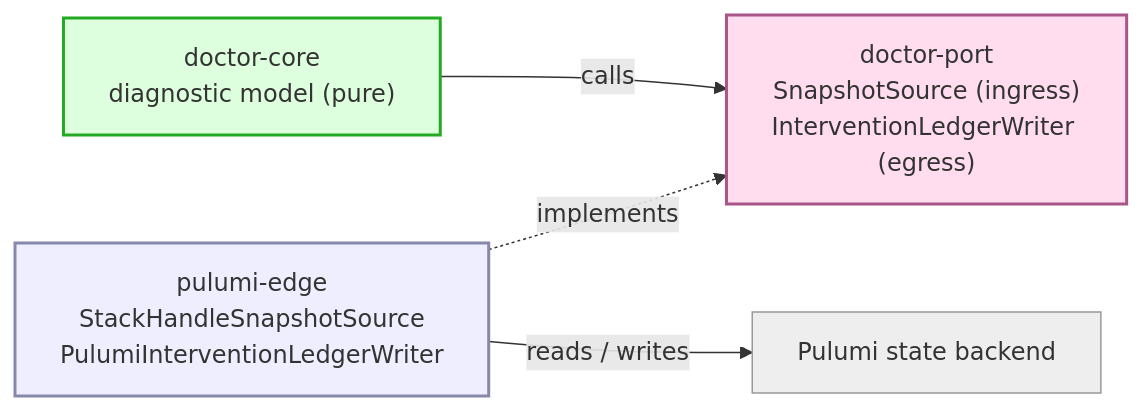
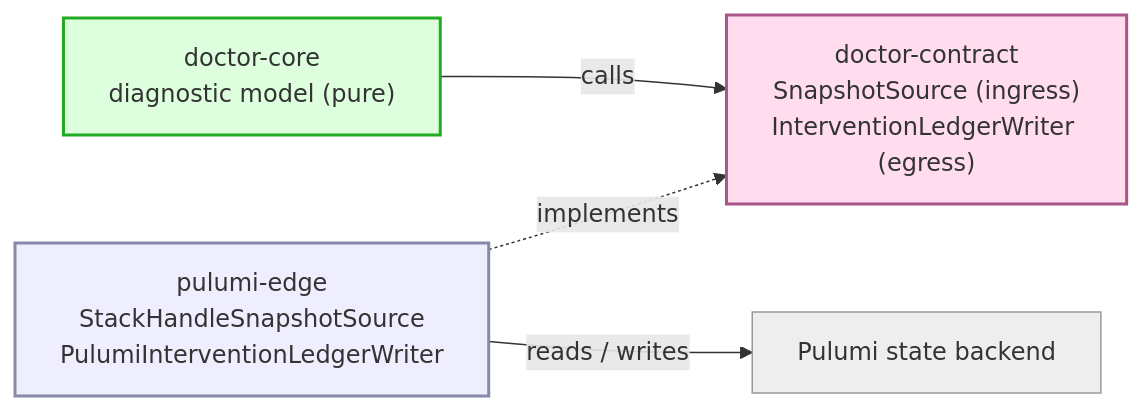
Before and after one commit to nxmatic/rke2lab: the sixth of 8 diagrams in docs/architecture/patterns/port-edge-domain-ownership.adoc, drawn with Mermaid. The commit also changed other lines of this file and 25 other files, not shown here.

```diff
--- a/docs/architecture/patterns/port-edge-domain-ownership.adoc
+++ b/docs/architecture/patterns/port-edge-domain-ownership.adoc
@@ -567,19 +579,19 @@
 [mermaid]
 ....
 flowchart LR
   core["doctor-core<br/>diagnostic model (pure)"]
-  dport["doctor-port<br/>SnapshotSource (ingress)<br/>InterventionLedgerWriter (egress)"]
+  dport["doctor-contract<br/>SnapshotSource (ingress)<br/>InterventionLedgerWriter (egress)"]
   pedge["pulumi-edge<br/>StackHandleSnapshotSource<br/>PulumiInterventionLedgerWriter"]
   pulumi["Pulumi state backend"]
   core -->|"calls"| dport
   pedge -.->|"implements"| dport
   pedge -->|"reads / writes"| pulumi
   classDef d fill:#dfd,stroke:#2a2,stroke-width:2px;
   classDef p fill:#fde,stroke:#a58,stroke-width:2px;
   classDef e fill:#eef,stroke:#88a,stroke-width:2px;
   classDef w fill:#eee,stroke:#999,stroke-width:1px;
   class core d;
   class dport p;
   class pedge e;
   class pulumi w;
 ....
```
